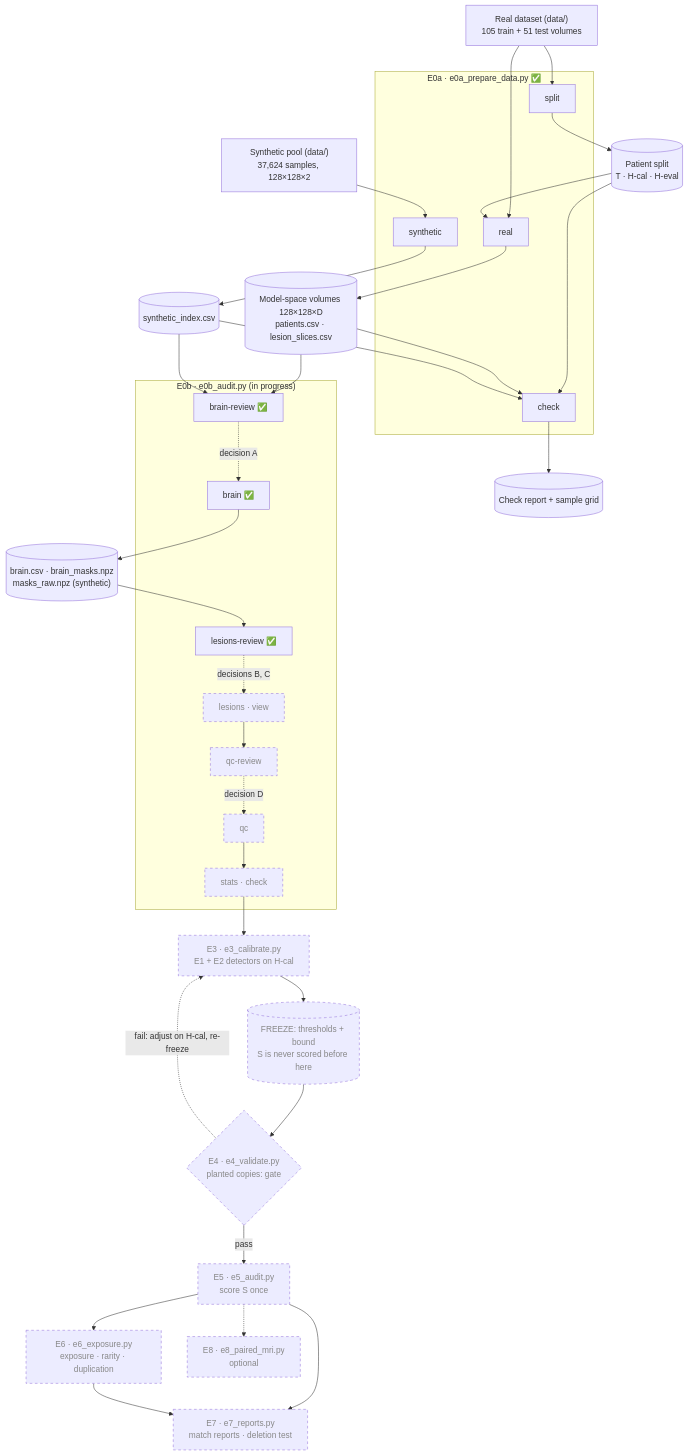
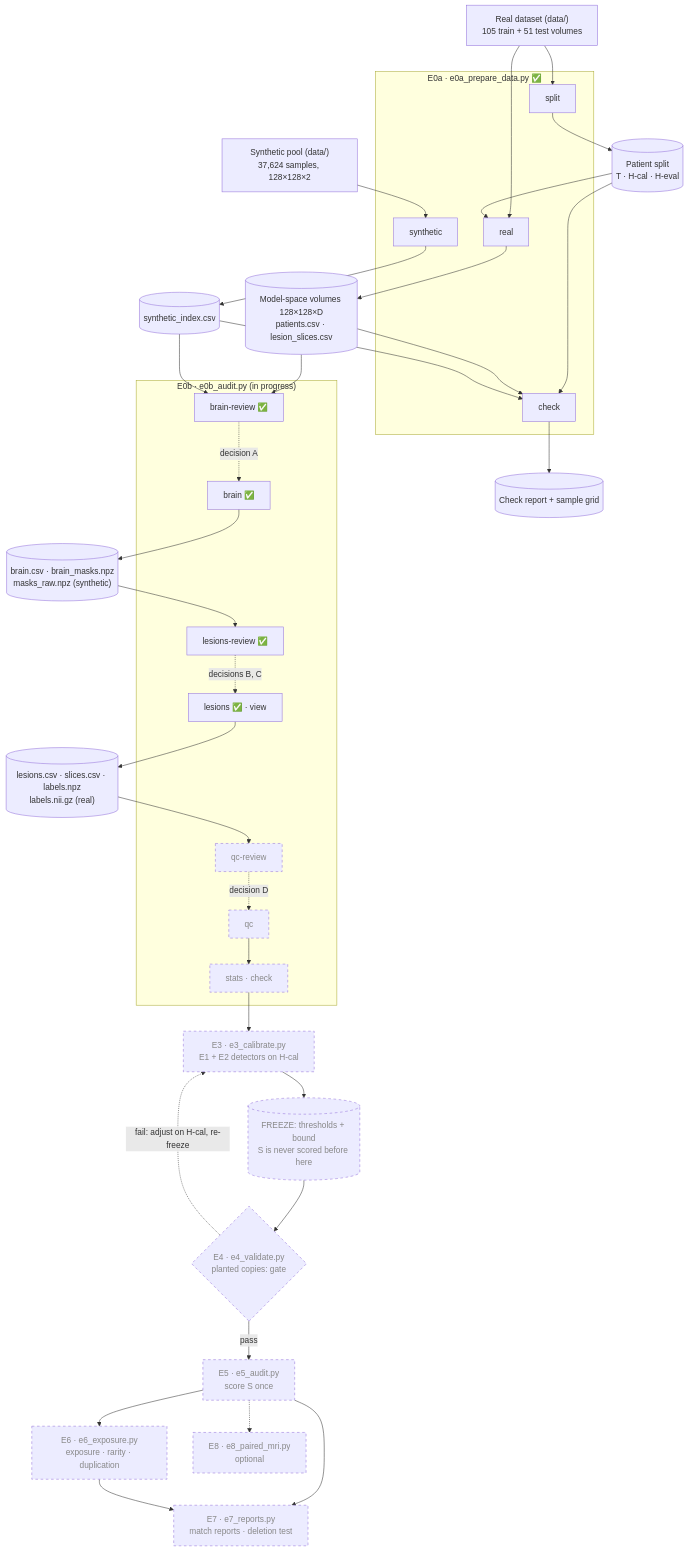
Before and after one commit to mattia3003/MT_project: the first of 2 diagrams in docs/architecture.md, drawn with Mermaid. The commit also changed other lines of this file and 16 other files, not shown here.

````diff
--- a/docs/architecture.md
+++ b/docs/architecture.md
@@ -24,58 +24,59 @@
 ```mermaid
 flowchart TD
     RAW["Real dataset (data/)<br/>105 train + 51 test volumes"]
     POOL["Synthetic pool (data/)<br/>37,624 samples, 128×128×2"]
 
     subgraph E0A["E0a · e0a_prepare_data.py ✅"]
         SPLIT["split"]
         REAL["real"]
         SYN["synthetic"]
         CHECK["check"]
     end
 
     SPLITCSV[("Patient split<br/>T · H-cal · H-eval")]
     VOLS[("Model-space volumes 128×128×D<br/>patients.csv · lesion_slices.csv")]
     INDEX[("synthetic_index.csv")]
     REPORT[("Check report + sample grid")]
 
     RAW --> SPLIT --> SPLITCSV
     RAW --> REAL
     SPLITCSV --> REAL --> VOLS
     POOL --> SYN --> INDEX
     SPLITCSV & VOLS & INDEX --> CHECK --> REPORT
 
     subgraph E0B["E0b · e0b_audit.py (in progress)"]
         BREV["brain-review ✅"]
         BRAIN["brain ✅"]
         LREV["lesions-review ✅"]
-        LES["lesions · view"]:::planned
+        LES["lesions ✅ · view"]
         QREV["qc-review"]:::planned
         QC["qc"]:::planned
         STATS["stats · check"]:::planned
     end
     BREV -.->|"decision A"| BRAIN
     BRAINOUT[("brain.csv · brain_masks.npz<br/>masks_raw.npz (synthetic)")]
     BRAIN --> BRAINOUT --> LREV
     LREV -.->|"decisions B, C"| LES
-    LES --> QREV
+    LESOUT[("lesions.csv · slices.csv · labels.npz<br/>labels.nii.gz (real)")]
+    LES --> LESOUT --> QREV
     QREV -.->|"decision D"| QC
     QC --> STATS
 
     E3["E3 · e3_calibrate.py<br/>E1 + E2 detectors on H-cal"]:::planned
     FROZEN[("FREEZE: thresholds + bound<br/>S is never scored before here")]:::planned
     E4{"E4 · e4_validate.py<br/>planted copies: gate"}:::planned
     E5["E5 · e5_audit.py<br/>score S once"]:::planned
     E6["E6 · e6_exposure.py<br/>exposure · rarity · duplication"]:::planned
     E7["E7 · e7_reports.py<br/>match reports · deletion test"]:::planned
     E8["E8 · e8_paired_mri.py<br/>optional"]:::planned
 
     VOLS & INDEX --> BREV
     STATS --> E3 --> FROZEN --> E4
     E4 -->|pass| E5
     E4 -.->|"fail: adjust on H-cal, re-freeze"| E3
     E5 --> E6 & E7
     E6 --> E7
     E5 -.-> E8
 
     classDef planned stroke-dasharray: 5 5,color:#888
 ```
````
